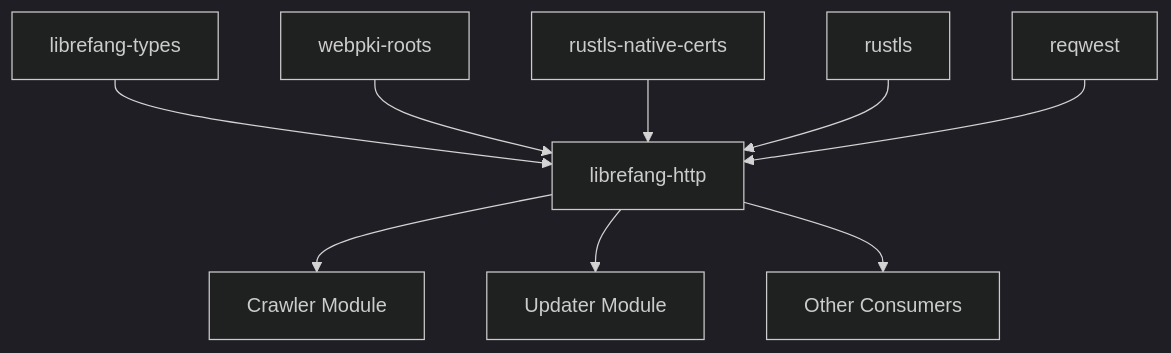
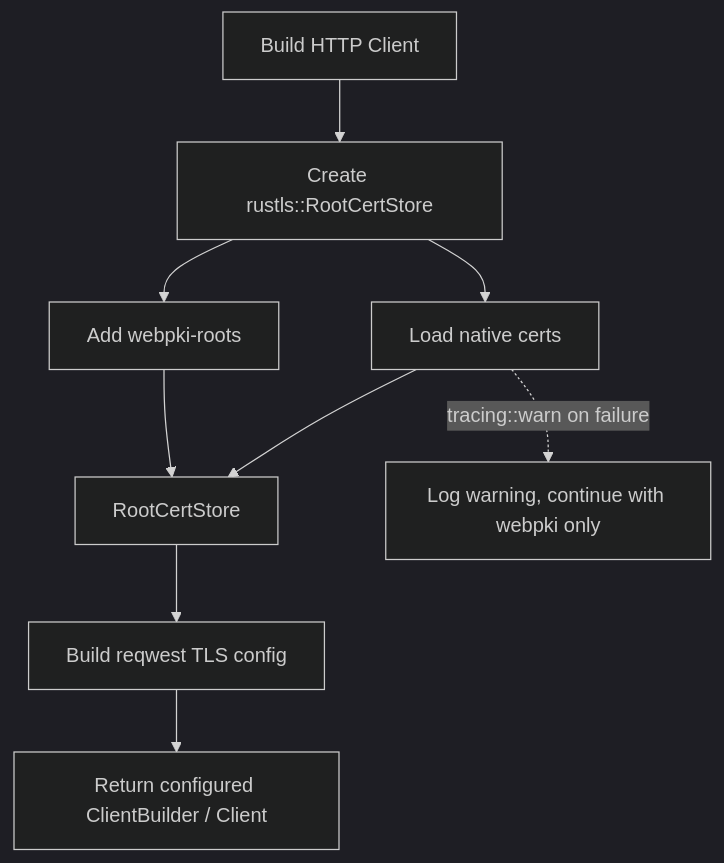
The diagram in other-librefang-http.md (leszek3737/librefang-WIki), drawn with Mermaid (dark theme) before and after one commit. The commit also changed other lines of this file and 70 other files, not shown here.

````diff
--- a/other-librefang-http.md
+++ b/other-librefang-http.md
@@ -58,11 +30,11 @@
 ```mermaid
-graph TD
-    A[librefang-types] --> B[librefang-http]
-    C[webpki-roots] --> B
-    D[rustls-native-certs] --> B
-    E[rustls] --> B
-    F[reqwest] --> B
-    B --> G[Crawler Module]
-    B --> H[Updater Module]
-    B --> I[Other Consumers]
+flowchart TD
+    A[Build HTTP Client] --> B[Create rustls::RootCertStore]
+    B --> C[Add webpki-roots]
+    B --> D[Load native certs]
+    C --> E[RootCertStore]
+    D --> E
+    E --> F[Build reqwest TLS config]
+    F --> G[Return configured ClientBuilder / Client]
+    D -.->|tracing::warn on failure| H[Log warning, continue with webpki only]
 ```
````
